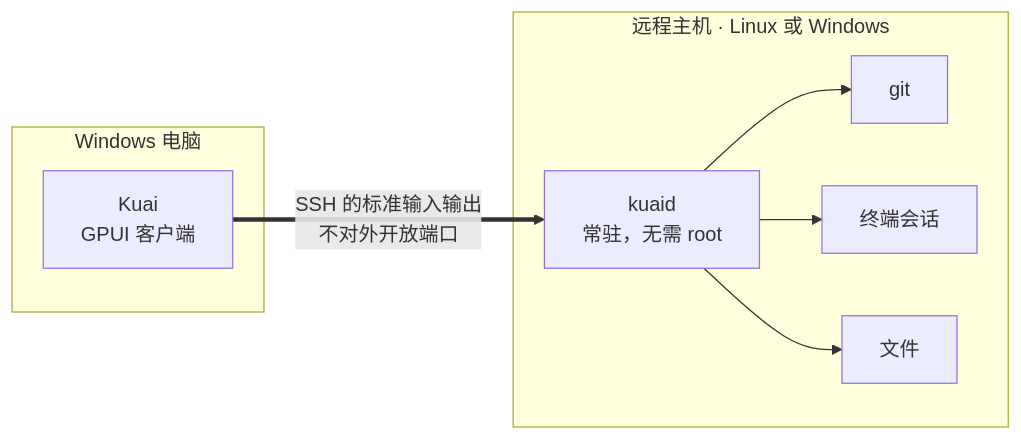
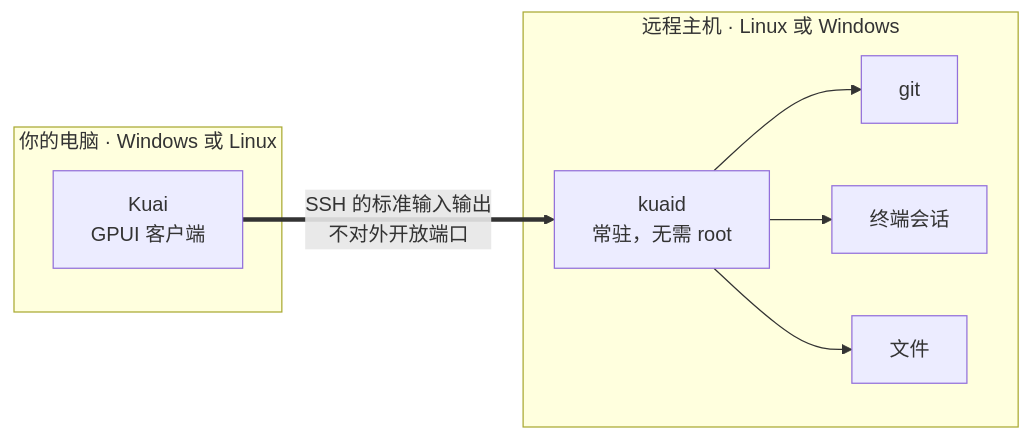
One commit to finmoor/kuai changed the diagram in README.md. Above: the diagram before and after it, drawn with Mermaid. The commit also changed other lines of this file and 5 other files, not shown here.

````diff
--- a/README.md
+++ b/README.md
@@ -182,16 +186,16 @@
 ```mermaid
 flowchart LR
-    subgraph pc["Windows 电脑"]
+    subgraph pc["你的电脑 · Windows 或 Linux"]
         app["Kuai<br/>GPUI 客户端"]
     end
     subgraph host["远程主机 · Linux 或 Windows"]
         kd["kuaid<br/>常驻，无需 root"]
         git["git"]
         term["终端会话"]
         files["文件"]
     end
     app ==>|"SSH 的标准输入输出<br/>不对外开放端口"| kd
     kd --> git
     kd --> term
     kd --> files
 ```
````
